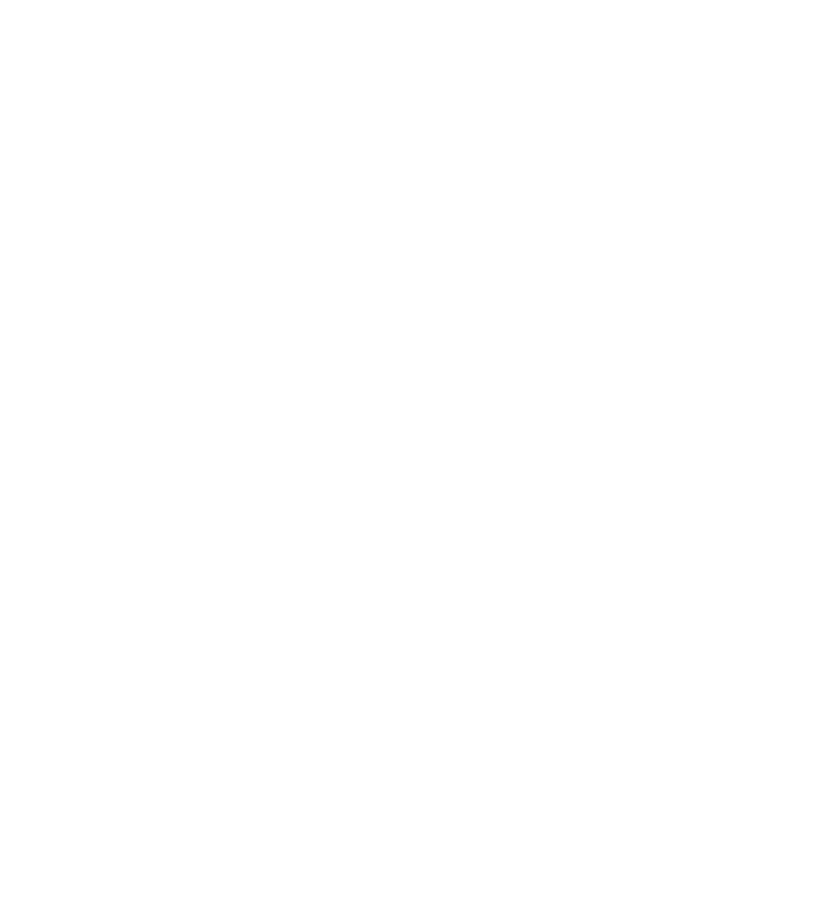
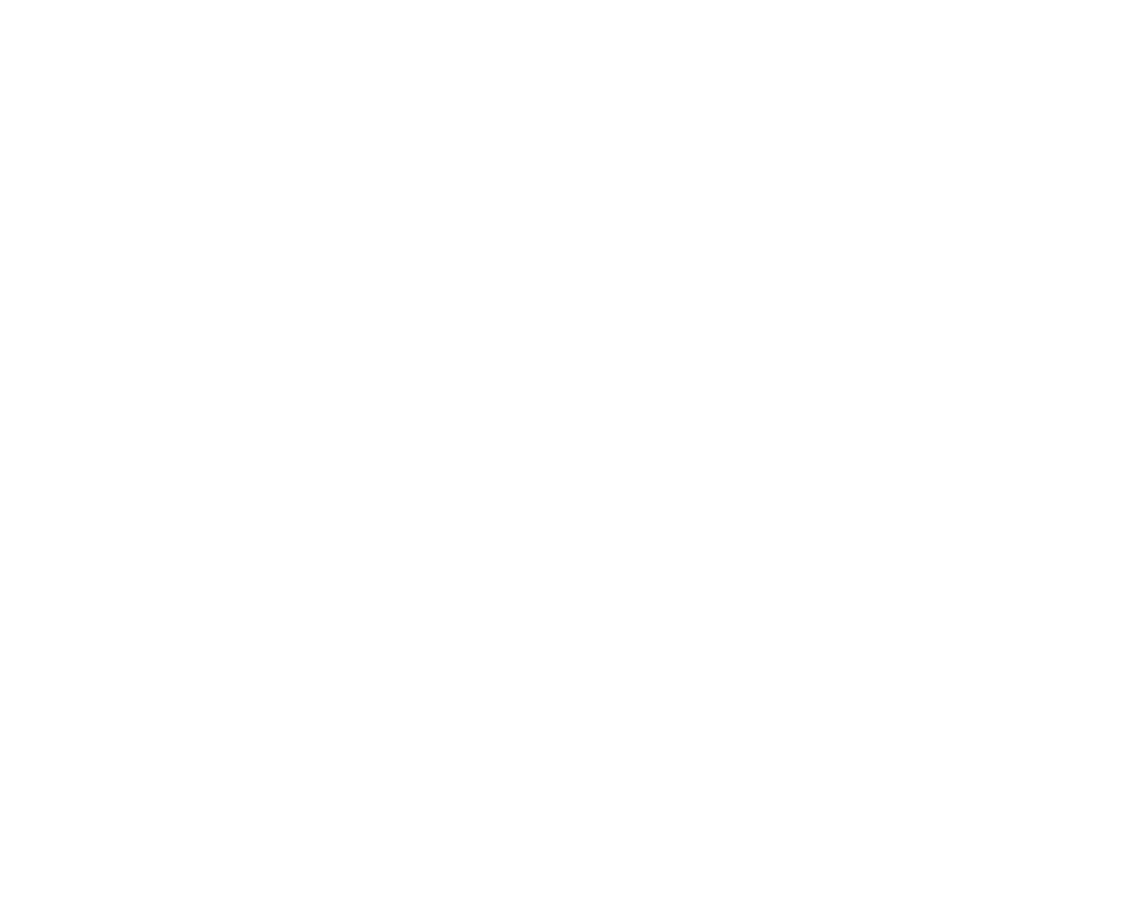
The diagram in data/graph.dot (dodokek/Tree-Structure-Akinator), drawn with Graphviz before and after one commit. The commit also changed 2 other files, not shown here.

```diff
--- a/data/graph.dot
+++ b/data/graph.dot
@@ -1,43 +1,55 @@
 
     digraph g {
         dpi      = 200;
         fontname = "Comic Sans MS";
         fontsize = 20;
         rankdir   =  TB;
         edge [color = darkgrey, arrowhead = onormal, arrowsize = 1, penwidth = 1.2]
         graph[fillcolor = lightgreen, ranksep = 1.3, nodesep = 0.5,
         style = "rounded, filled",color = green, penwidth = 2]
 
-    Node000002aee3e63940[shape=rectangle, color="red", width=0.2, style="filled",fillcolor="lightblue", label="Animal"] 
+    Node000001e8f53029b0[shape=rectangle, color="red", width=0.2, style="filled",fillcolor="lightblue", label="Animal"] 
  
-Node000002aee3e63970[shape=rectangle, color="red", width=0.2, style="filled",fillcolor="lightblue", label="Super Coder"] 
+Node000001e8f5303f80[shape=rectangle, color="red", width=0.2, style="filled",fillcolor="lightblue", label="Super Coder"] 
  
-Node000002aee3e63f80[shape=rectangle, color="red", width=0.2, style="filled",fillcolor="lightblue", label="Sucks Dicks"] 
+Node000001e8f5303940[shape=rectangle, color="red", width=0.2, style="filled",fillcolor="lightblue", label="Sucks Dicks"] 
  
-Node000002aee26a7c50[shape=rectangle, color="red", width=0.2, style="filled",fillcolor="lightblue", label="No girlfriend"] 
+Node000001e8f5303970[shape=rectangle, color="red", width=0.2, style="filled",fillcolor="lightblue", label="No girlfriend"] 
  
-Node000002aee26a7cf0[shape=rectangle, color="red", width=0.2, style="filled",fillcolor="lightblue", label="Chris"] 
+Node000001e8f53f7d90[shape=rectangle, color="red", width=0.2, style="filled",fillcolor="lightblue", label="Chris"] 
  
-Node000002aee26a7d90[shape=rectangle, color="red", width=0.2, style="filled",fillcolor="lightblue", label="Sanya Lobanov"] 
+Node000001e8f53f7e30[shape=rectangle, color="red", width=0.2, style="filled",fillcolor="lightblue", label="Sanya Lobanov"] 
  
-Node000002aee26a7e30[shape=rectangle, color="red", width=0.2, style="filled",fillcolor="lightblue", label="Sanya"] 
+Node000001e8f53d08a0[shape=rectangle, color="red", width=0.2, style="filled",fillcolor="lightblue", label="Cooler than Sanya"] 
  
-Node000002aee26a7ed0[shape=rectangle, color="red", width=0.2, style="filled",fillcolor="lightblue", label="Vlados"] 
+Node000001e8f53d0870[shape=rectangle, color="red", width=0.2, style="filled",fillcolor="lightblue", label="Ded"] 
  
-Node000002aee26a7f70[shape=rectangle, color="red", width=0.2, style="filled",fillcolor="lightblue", label="Cute"] 
+Node000001e8f53f7ed0[shape=rectangle, color="red", width=0.2, style="filled",fillcolor="lightblue", label="Sanya"] 
  
-Node000002aee26a8010[shape=rectangle, color="red", width=0.2, style="filled",fillcolor="lightblue", label="Victor"] 
+Node000001e8f53f7f70[shape=rectangle, color="red", width=0.2, style="filled",fillcolor="lightblue", label="Short cock"] 
  
-Node000002aee26a80b0[shape=rectangle, color="red", width=0.2, style="filled",fillcolor="lightblue", label="Vovcheg"] 
+Node000001e8f53f8010[shape=rectangle, color="red", width=0.2, style="filled",fillcolor="lightblue", label="Vlados"] 
  
-Node000002aee3e63940->Node000002aee3e63970
-Node000002aee3e63970->Node000002aee3e63f80
-Node000002aee3e63f80->Node000002aee26a7c50
-Node000002aee26a7c50->Node000002aee26a7cf0
-Node000002aee26a7c50->Node000002aee26a7d90
-Node000002aee3e63f80->Node000002aee26a7e30
-Node000002aee3e63970->Node000002aee26a7ed0
-Node000002aee3e63940->Node000002aee26a7f70
-Node000002aee26a7f70->Node000002aee26a8010
-Node000002aee26a7f70->Node000002aee26a80b0
+Node000001e8f53f80b0[shape=rectangle, color="red", width=0.2, style="filled",fillcolor="lightblue", label="Egorchik"] 
+ 
+Node000001e8f53f8150[shape=rectangle, color="red", width=0.2, style="filled",fillcolor="lightblue", label="Cute"] 
+ 
+Node000001e8f53f81f0[shape=rectangle, color="red", width=0.2, style="filled",fillcolor="lightblue", label="Victor"] 
+ 
+Node000001e8f53f8290[shape=rectangle, color="red", width=0.2, style="filled",fillcolor="lightblue", label="Vovcheg"] 
+ 
+Node000001e8f53029b0->Node000001e8f5303f80
+Node000001e8f5303f80->Node000001e8f5303940
+Node000001e8f5303940->Node000001e8f5303970
+Node000001e8f5303970->Node000001e8f53f7d90
+Node000001e8f5303970->Node000001e8f53f7e30
+Node000001e8f5303940->Node000001e8f53d08a0
+Node000001e8f53d08a0->Node000001e8f53d0870
+Node000001e8f53d08a0->Node000001e8f53f7ed0
+Node000001e8f5303f80->Node000001e8f53f7f70
+Node000001e8f53f7f70->Node000001e8f53f8010
+Node000001e8f53f7f70->Node000001e8f53f80b0
+Node000001e8f53029b0->Node000001e8f53f8150
+Node000001e8f53f8150->Node000001e8f53f81f0
+Node000001e8f53f8150->Node000001e8f53f8290
 }
```
